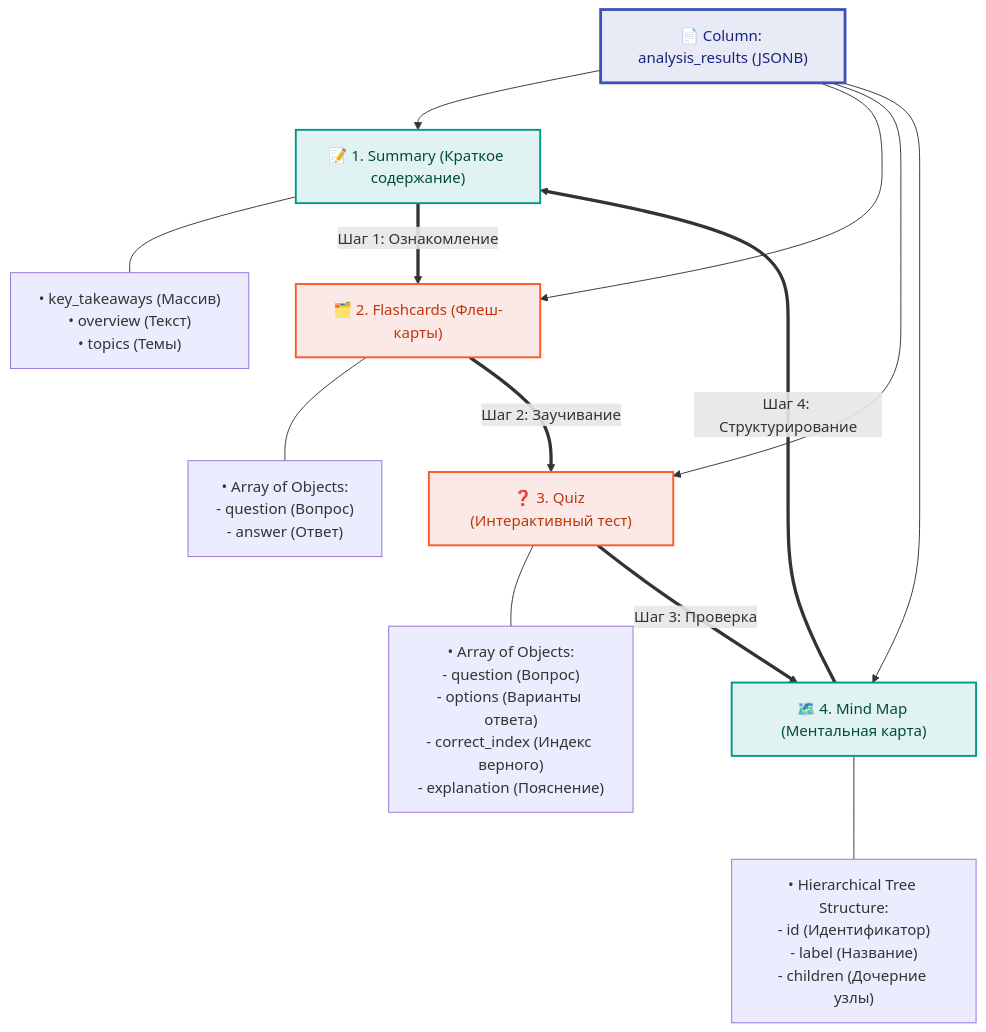
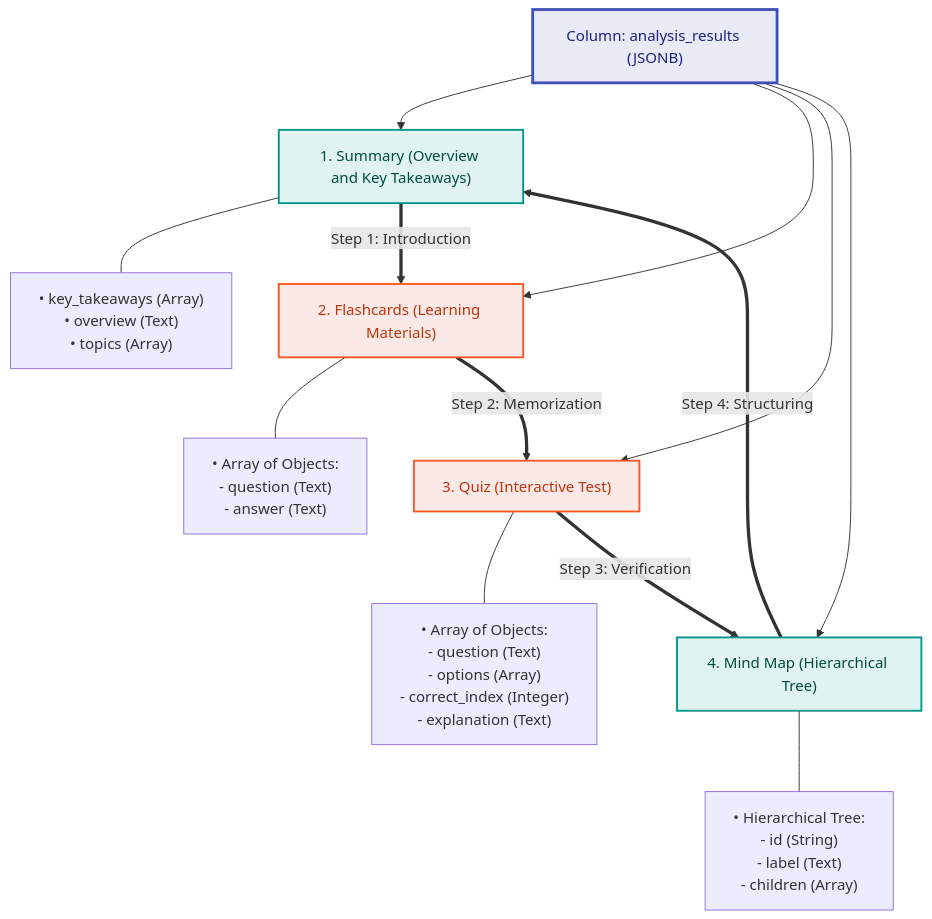
The diagram in docs/4.9-data-storage-methodology.md (Mudybluez/ai-transcription-platform), drawn with Mermaid before and after one commit. The commit also changed other lines of this file, not shown here.

````diff
--- a/docs/4.9-data-storage-methodology.md
+++ b/docs/4.9-data-storage-methodology.md
@@ -11,44 +11,44 @@
 ```mermaid
 graph TD
-    %% Стили
+    %% Styles
     classDef main fill:#e8eaf6,stroke:#3f51b5,stroke-width:3px,color:#1a237e;
     classDef element fill:#e0f2f1,stroke:#009688,stroke-width:2px,color:#004d40;
     classDef list fill:#fbe9e7,stroke:#ff5722,stroke-width:2px,color:#bf360c;
 
-    %% Корневой узел
-    JSONB["📄 Column: analysis_results (JSONB)"]:::main
+    %% Root Node
+    JSONB["Column: analysis_results (JSONB)"]:::main
 
-    %% Уровни анализа
-    Summary["📝 1. Summary (Краткое содержание)"]:::element
-    Flashcards["🗂️ 2. Flashcards (Флеш-карты)"]:::list
-    Quiz["❓ 3. Quiz (Интерактивный тест)"]:::list
-    MindMap["🗺️ 4. Mind Map (Ментальная карта)"]:::element
+    %% Analysis Levels
+    Summary["1. Summary (Overview and Key Takeaways)"]:::element
+    Flashcards["2. Flashcards (Learning Materials)"]:::list
+    Quiz["3. Quiz (Interactive Test)"]:::list
+    MindMap["4. Mind Map (Hierarchical Tree)"]:::element
 
-    %% Связи структуры
+    %% Structure Connections
     JSONB --> Summary
     JSONB --> Flashcards
     JSONB --> Quiz
     JSONB --> MindMap
 
-    %% Поддерево Summary
-    SummaryCount["• key_takeaways (Массив)<br/>• overview (Текст)<br/>• topics (Темы)"]
+    %% Summary Subtree
+    SummaryCount["• key_takeaways (Array)<br/>• overview (Text)<br/>• topics (Array)"]
     Summary --- SummaryCount
 
-    %% Поддерево Flashcards
-    FlashcardItem["• Array of Objects:<br/>- question (Вопрос)<br/>- answer (Ответ)"]
+    %% Flashcards Subtree
+    FlashcardItem["• Array of Objects:<br/>- question (Text)<br/>- answer (Text)"]
     Flashcards --- FlashcardItem
 
-    %% Поддерево Quiz
-    QuizItem["• Array of Objects:<br/>- question (Вопрос)<br/>- options (Варианты ответа)<br/>- correct_index (Индекс верного)<br/>- explanation (Пояснение)"]
+    %% Quiz Subtree
+    QuizItem["• Array of Objects:<br/>- question (Text)<br/>- options (Array)<br/>- correct_index (Integer)<br/>- explanation (Text)"]
     Quiz --- QuizItem
 
-    %% Поддерево Mind Map
-    MindMapTree["• Hierarchical Tree Structure:<br/>- id (Идентификатор)<br/>- label (Название)<br/>- children (Дочерние узлы)"]
+    %% Mind Map Subtree
+    MindMapTree["• Hierarchical Tree:<br/>- id (String)<br/>- label (Text)<br/>- children (Array)"]
     MindMap --- MindMapTree
 
-    %% Обозначение направленности процесса обучения
-    Summary ==>|Шаг 1: Ознакомление| Flashcards
-    Flashcards ==>|Шаг 2: Заучивание| Quiz
-    Quiz ==>|Шаг 3: Проверка| MindMap
-    MindMap ==>|Шаг 4: Структурирование| Summary
+    %% Learning Process Flow
+    Summary ==>|Step 1: Introduction| Flashcards
+    Flashcards ==>|Step 2: Memorization| Quiz
+    Quiz ==>|Step 3: Verification| MindMap
+    MindMap ==>|Step 4: Structuring| Summary
 ```
````
